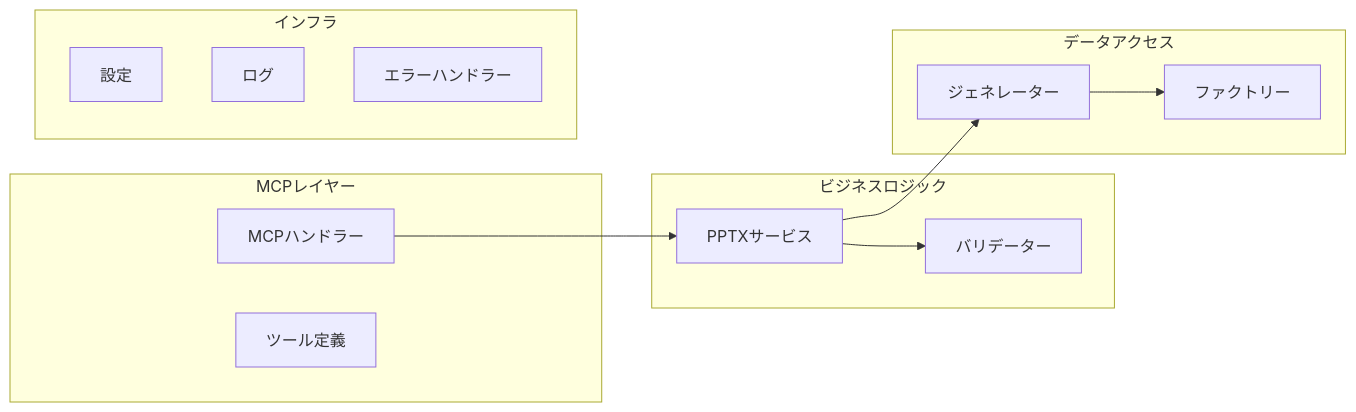
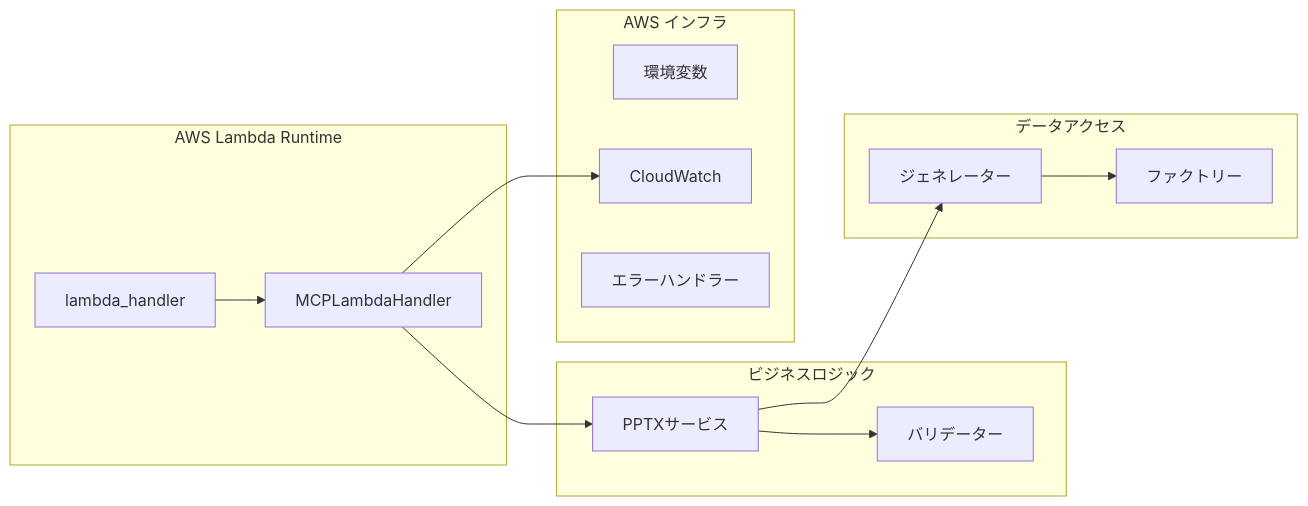
One commit to hitsumabushi334/image-extracter changed the second of 4 diagrams in .kiro/specs/pptx-textbox-mcp/design.md. Above: the diagram before and after it, drawn with Mermaid. The commit also changed other lines of this file and 6 other files, not shown here.

Commit message:
feat: AWS Lambda対応のpptx-textbox-mcpサーバーの実装を更新し、mcp_lambda_handlerを統合

````diff
--- a/.kiro/specs/pptx-textbox-mcp/design.md
+++ b/.kiro/specs/pptx-textbox-mcp/design.md
@@ -51,28 +59,30 @@
 ```mermaid
 graph LR
-    subgraph "MCPレイヤー"
-        MCP[MCPハンドラー]
-        Tool[ツール定義]
+    subgraph "AWS Lambda Runtime"
+        LambdaHandler[lambda_handler]
+        MCPHandler[MCPLambdaHandler]
     end
     
     subgraph "ビジネスロジック"
         Service[PPTXサービス]
         Validator[バリデーター]
     end
     
     subgraph "データアクセス"
         Generator[ジェネレーター]
         Factory[ファクトリー]
     end
     
-    subgraph "インフラ"
-        Config[設定]
-        Logger[ログ]
-        Error[エラーハンドラー]
+    subgraph "AWS インフラ"
+        EnvVars[環境変数]
+        CloudWatch[CloudWatch]
+        ErrorHandler[エラーハンドラー]
     end
     
-    MCP --> Service
+    LambdaHandler --> MCPHandler
+    MCPHandler --> Service
     Service --> Validator
     Service --> Generator
     Generator --> Factory
+    MCPHandler --> CloudWatch
 ```
````
